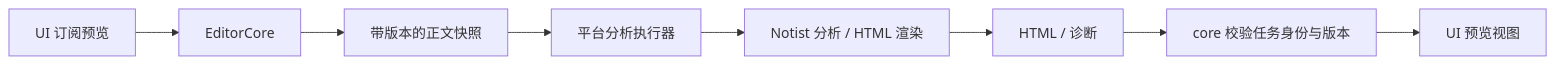
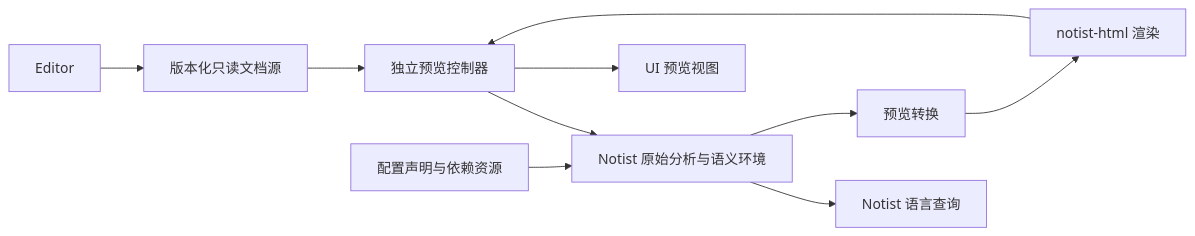
Before and after one commit to AzurIce/celestite: the second of 2 diagrams in docs/architecture.md, drawn with Mermaid. The commit also changed other lines of this file and 152 other files, not shown here.

````diff
--- a/docs/architecture.md
+++ b/docs/architecture.md
@@ -91,10 +127,12 @@
 ```mermaid
 flowchart LR
-  U[UI 订阅预览] --> C[EditorCore]
-  C --> J[带版本的正文快照]
-  J --> X[平台分析执行器]
-  X --> N[Notist 分析 / HTML 渲染]
-  N --> R[HTML / 诊断]
-  R --> V[core 校验任务身份与版本]
-  V --> P[UI 预览视图]
+  E[Editor] --> S[版本化只读文档源]
+  S --> C[独立预览控制器]
+  C --> A[Notist 原始分析与语义环境]
+  D[配置声明与依赖资源] --> A
+  A --> L[Notist 语言查询]
+  A --> T[预览转换]
+  T --> H[notist-html 渲染]
+  H --> C
+  C --> U[UI 预览视图]
 ```
````
